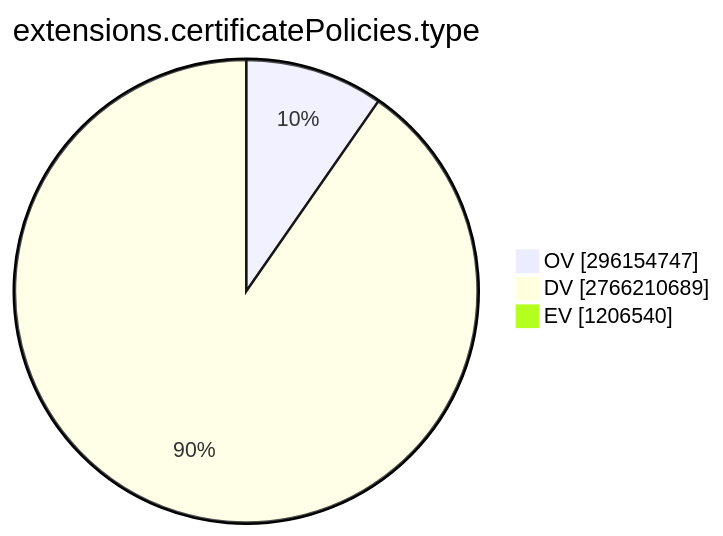
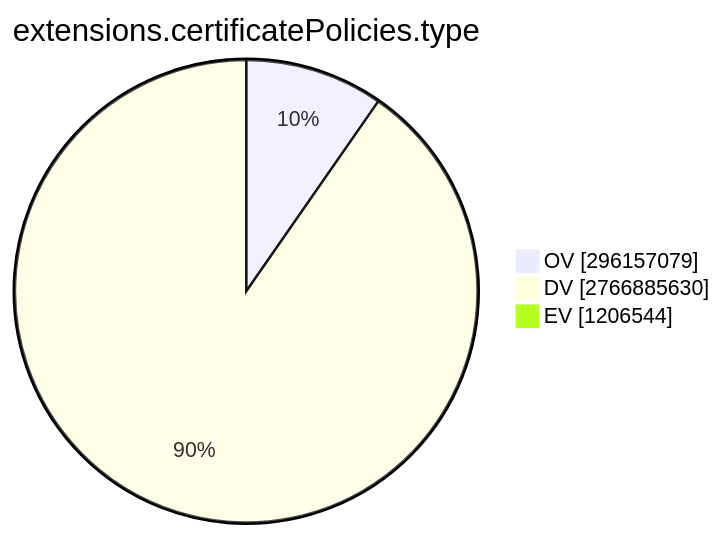
The ninth of 15 diagrams in TOTAL/README.md (christiankrug/ctmonitor_visualization), drawn with Mermaid before and after one commit. The commit also changed other lines of this file, not shown here.

````diff
--- a/TOTAL/README.md
+++ b/TOTAL/README.md
@@ -3099,7 +3099,7 @@
 ```mermaid
 pie showData
 title extensions.certificatePolicies.type
-"OV" :296154747
-"DV" :2766210689
-"EV" :1206540
+"OV" :296157079
+"DV" :2766885630
+"EV" :1206544
 ```
````
